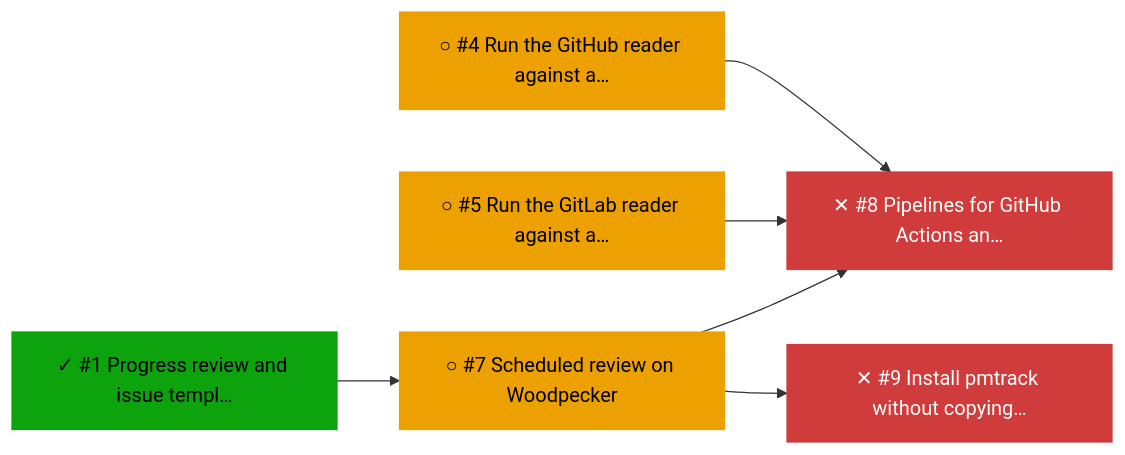
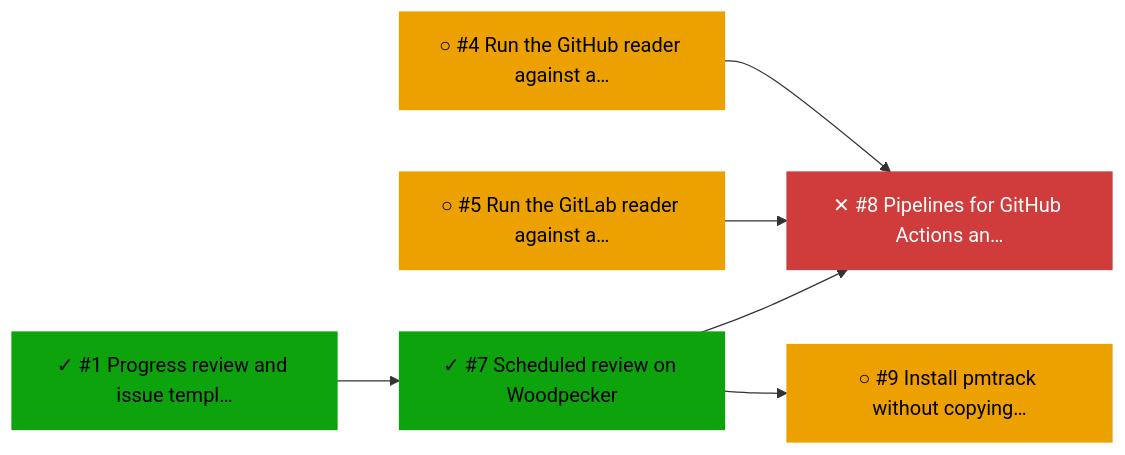
One commit to bvraghav/pmtrack changed the second of 3 diagrams in progress/ci.md. Above: the diagram before and after it, drawn with Mermaid. The commit also changed other lines of this file and 5 other files, not shown here.

````diff
--- a/progress/ci.md
+++ b/progress/ci.md
@@ -39,20 +42,20 @@
 ```mermaid
 flowchart LR
   n0["✓ #1 Progress review and issue templ…"]:::done
   n1["○ #4 Run the GitHub reader against a…"]:::ready
   n2["○ #5 Run the GitLab reader against a…"]:::ready
-  n3["○ #7 Scheduled review on Woodpecker"]:::ready
+  n3["✓ #7 Scheduled review on Woodpecker"]:::done
   n4["✕ #8 Pipelines for GitHub Actions an…"]:::blocked
-  n5["✕ #9 Install pmtrack without copying…"]:::blocked
+  n5["○ #9 Install pmtrack without copying…"]:::ready
   n0 --> n3
   n3 --> n4
   n1 --> n4
   n2 --> n4
   n3 --> n5
   classDef done fill:#0ca30c,color:#000,stroke:#0ca30c
   classDef active fill:#2a78d6,color:#fff,stroke:#2a78d6
   classDef ready fill:#eda100,color:#000,stroke:#eda100
   classDef blocked fill:#d03b3b,color:#fff,stroke:#d03b3b
   classDef unknown fill:#898781,color:#000,stroke:#898781
   classDef dropped fill:#898781,color:#000,stroke:#898781
 ```
````
